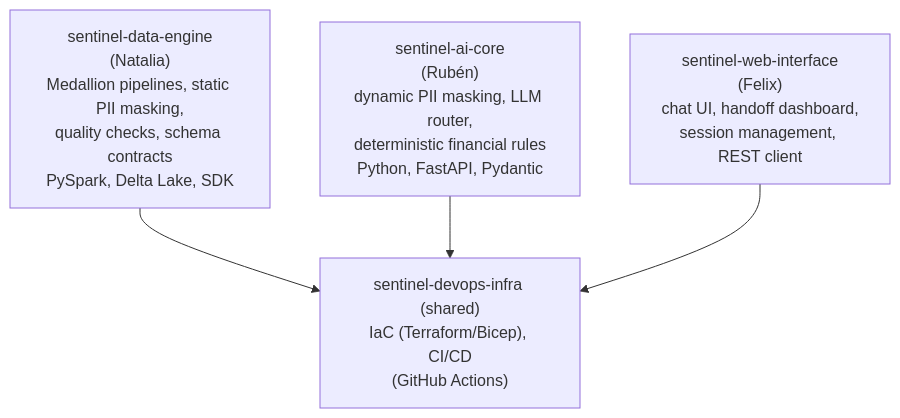
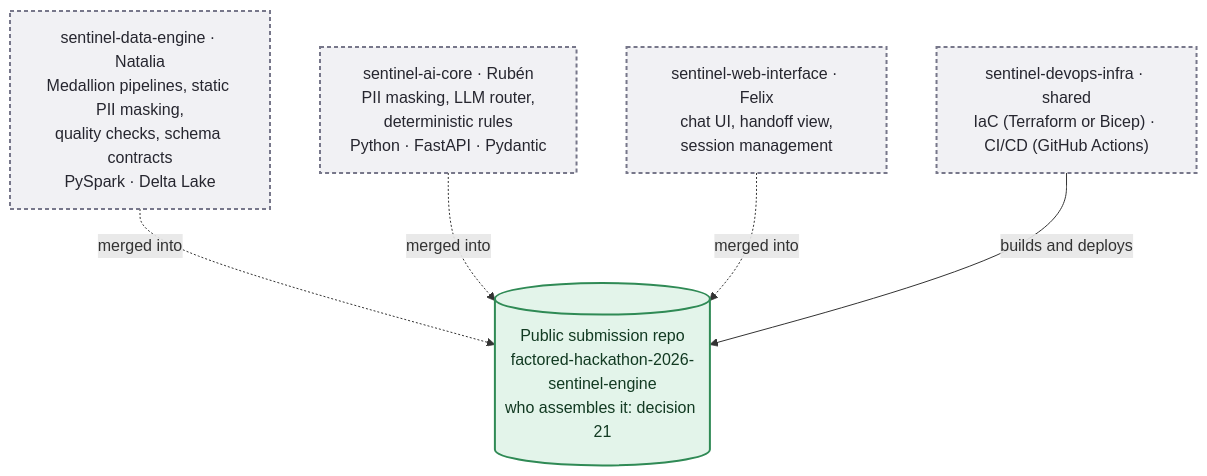
One commit to rdorta27/factored-hackathon-2026-sentinel-engine changed the fourth of 5 diagrams in docs/build/architecture-roadmap.md. Above: the diagram before and after it, drawn with Mermaid. The commit also changed other lines of this file and 1 other file, not shown here.

First line of the commit message:
docs: redraw the architecture and roadmap diagrams with one visual language

````diff
--- a/docs/build/architecture-roadmap.md
+++ b/docs/build/architecture-roadmap.md
@@ -72,6 +100,18 @@
 ```mermaid
 flowchart TD
-    d["sentinel-data-engine<br/>(Natalia)<br/>Medallion pipelines, static PII masking,<br/>quality checks, schema contracts<br/>PySpark, Delta Lake, SDK"] --> infra["sentinel-devops-infra (shared)<br/>IaC (Terraform/Bicep), CI/CD<br/>(GitHub Actions)"]
-    a["sentinel-ai-core<br/>(Rubén)<br/>dynamic PII masking, LLM router,<br/>deterministic financial rules<br/>Python, FastAPI, Pydantic"] --> infra
-    w["sentinel-web-interface<br/>(Felix)<br/>chat UI, handoff dashboard,<br/>session management, REST client"] --> infra
+    d["sentinel-data-engine · Natalia<br/>Medallion pipelines, static PII masking,<br/>quality checks, schema contracts<br/>PySpark · Delta Lake"]
+    a["sentinel-ai-core · Rubén<br/>PII masking, LLM router,<br/>deterministic rules<br/>Python · FastAPI · Pydantic"]
+    w["sentinel-web-interface · Felix<br/>chat UI, handoff view,<br/>session management"]
+    infra["sentinel-devops-infra · shared<br/>IaC (Terraform or Bicep) · CI/CD (GitHub Actions)"]
+    delivery[("Public submission repo<br/>factored-hackathon-2026-sentinel-engine<br/>who assembles it: decision 21")]
+    d & a & w -. "merged into" .-> delivery
+    infra -- "builds and deploys" --> delivery
+
+    classDef real fill:#dde3ff,stroke:#5b4fd6,stroke-width:2px,color:#1b1640
+    classDef mock fill:#ffe9c7,stroke:#c77d12,stroke-width:2px,stroke-dasharray:6 4,color:#3a2a00
+    classDef store fill:#e3f4ea,stroke:#2f8a55,stroke-width:2px,color:#123a22
+    classDef proposed fill:#f1f1f4,stroke:#77778a,stroke-width:2px,stroke-dasharray:4 3,color:#26262f
+    classDef ext fill:#ffffff,stroke:#77778a,stroke-width:1px,color:#26262f
+    class d,a,w,infra proposed
+    class delivery store
 ```
````
